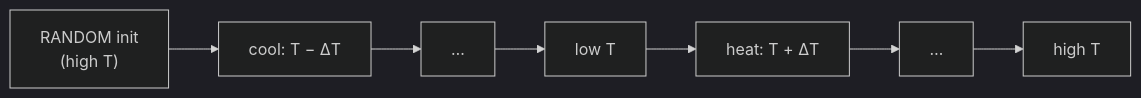
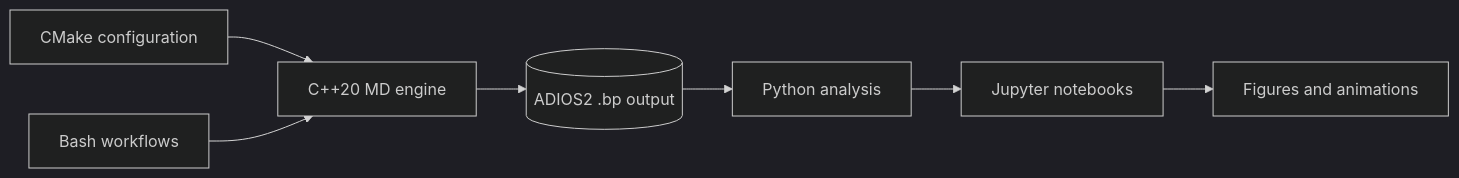
One commit to hadis-gh/chisurfmd changed the diagram in README.md. Above: the diagram before and after it, drawn with Mermaid (dark theme). The commit also changed other lines of this file, not shown here.

Commit message:
docs: revise README include sample figures

````diff
--- a/README.md
+++ b/README.md
@@ -190,5 +119,9 @@
 ```mermaid
 flowchart LR
-    R["RANDOM init<br/>(high T)"] --> C1["cool: T − ΔT"] --> C2["…"] --> Cmin["low T"]
-    Cmin --> H1["heat: T + ΔT"] --> H2["…"] --> Hmax["high T"]
+    A["CMake configuration"] --> B["C++20 MD engine"]
+    C["Bash workflows"] --> B
+    B --> D[("ADIOS2 .bp output")]
+    D --> E["Python analysis"]
+    E --> F["Jupyter notebooks"]
+    F --> G["Figures and animations"]
 ```
````
